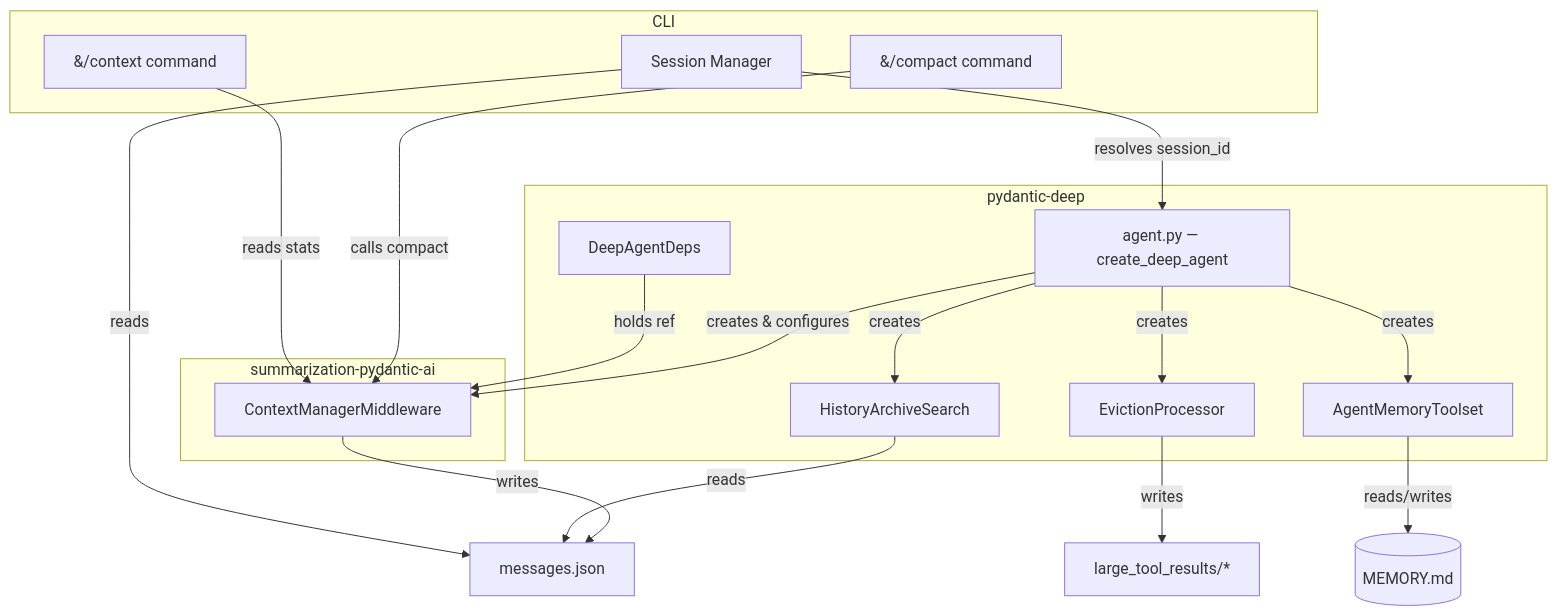
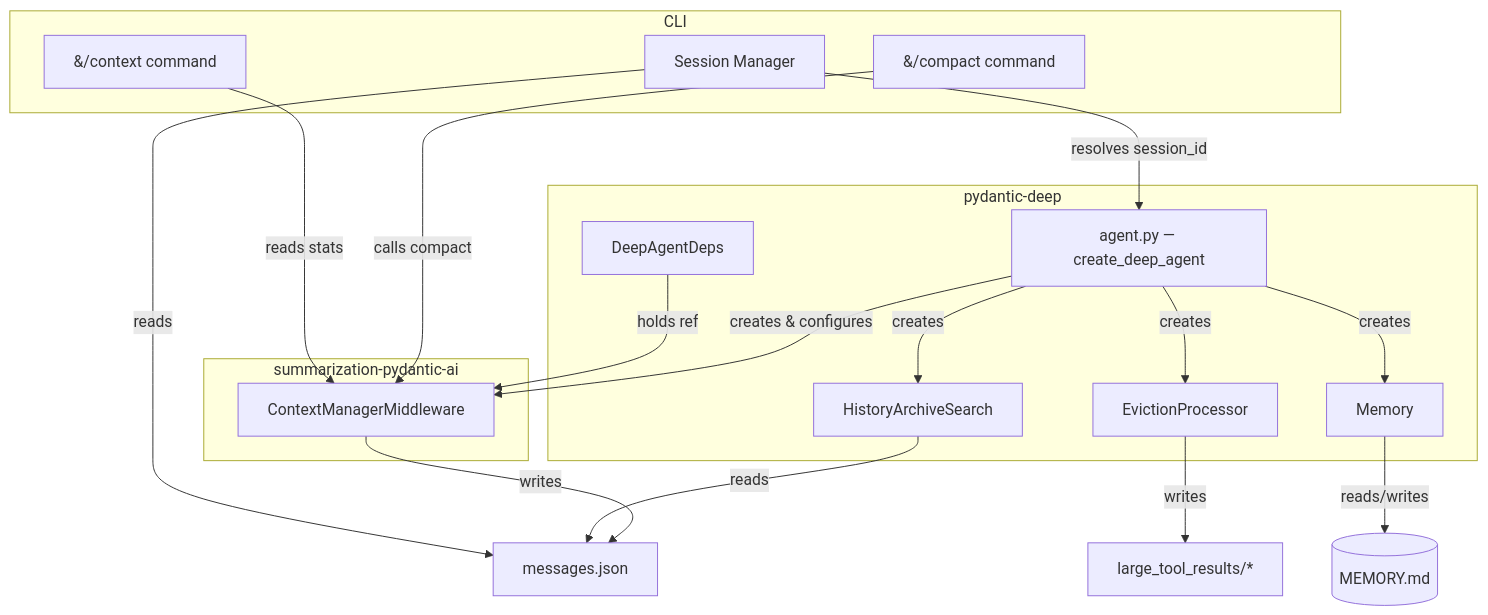
The first of 5 diagrams in docs/architecture/memory-and-context.md (Seven-94/pydantic-deepagents), drawn with Mermaid before and after one commit. The commit also changed other lines of this file and 24 other files, not shown here.

````diff
--- a/docs/architecture/memory-and-context.md
+++ b/docs/architecture/memory-and-context.md
@@ -25,37 +25,37 @@
 ```mermaid
 graph TD
     subgraph "summarization-pydantic-ai"
         CMW[ContextManagerMiddleware]
     end
 
     subgraph "pydantic-deep"
         EP[EvictionProcessor]
-        MEM[AgentMemoryToolset]
+        MEM[Memory]
         HAS[HistoryArchiveSearch]
         AF[agent.py — create_deep_agent]
         DEPS[DeepAgentDeps]
     end
 
     subgraph CLI
         COMPACT["&#47;compact command"]
         CONTEXT["&#47;context command"]
         SESSION[Session Manager]
     end
 
     AF -->|creates & configures| CMW
     AF -->|creates| EP
     AF -->|creates| MEM
     AF -->|creates| HAS
 
     CMW -->|writes| MJ[messages.json]
     HAS -->|reads| MJ
     SESSION -->|reads| MJ
     EP -->|writes| LTR["large_tool_results/*"]
     MEM -->|reads/writes| MEMF[(MEMORY.md)]
 
     DEPS -->|holds ref| CMW
 
     COMPACT -->|calls compact| CMW
     CONTEXT -->|reads stats| CMW
     SESSION -->|resolves session_id| AF
 ```
````
